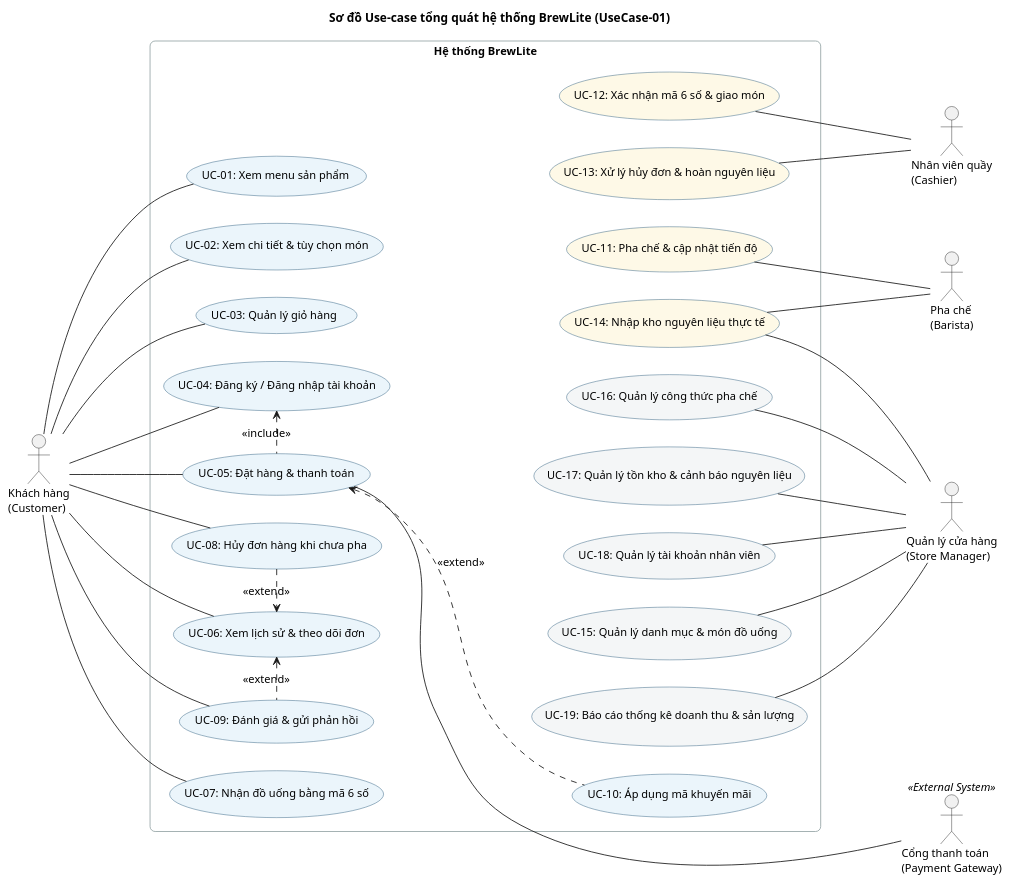
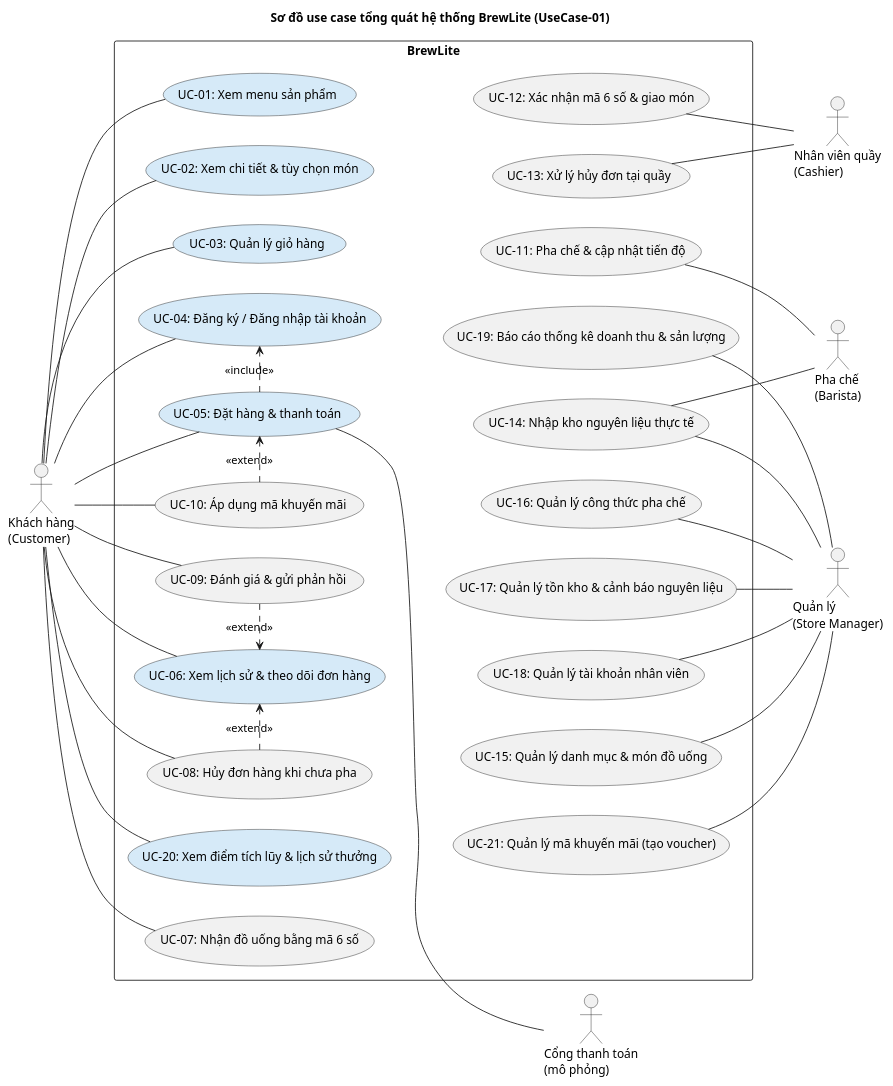
Before and after one commit to Longcodepro/Project_SE_Assignment02_HK1_2026_2027: the diagram in docs/diagrams/usecase-overview.puml, drawn with PlantUML. The commit also changed 1 other file, not shown here.

Commit message:
docs(task-1.2d): vẽ lại sơ đồ use case tổng quát theo danh mục chức năng thống nhất

```diff
--- a/docs/diagrams/usecase-overview.puml
+++ b/docs/diagrams/usecase-overview.puml
@@ -1,106 +1,105 @@
 @startuml
 ' ==============================================================================
-' Diagram: Sơ đồ Use-case tổng quát hệ thống BrewLite
-' Code: UseCase-01
-' References: FR-01..14, NFR-01..05, Issue #37 [D1.2d]
-' Tài liệu đối chiếu: docs/requirements/context-and-scope.md (Mục 2 & 3)
-' Đặt hàng và thanh toán gộp một use case (một bước checkout): UC-05.
-' Bố cục: khách hàng bên trái; cột 1 = use case của khách hàng, cột 2 = vận hành & quản trị,
-'         không chia khung con; nhân viên, quản lý và cổng thanh toán ở ngoài cùng bên phải.
-' Màu: xanh = khách hàng & đặt hàng, vàng = vận hành cửa hàng, xám = quản trị.
+' Sơ đồ: Use case tổng quát hệ thống BrewLite
+' Mã: UseCase-01
+' Liên quan: UC-01..UC-21; FR-01..FR-21; NFR-01..NFR-04
+' Nguồn: docs/requirements/cac-chuc-nang-thong-nhat.md (mục 3: danh sách use case)
+' Quy ước:
+'   - Tô xanh = MVP (Sprint 1-2): UC-01..06, UC-20. Trắng = Planned (Sprint 3-4): các use case còn lại.
+'   - UC-01..03 không cần đăng nhập; các use case còn lại cần đăng nhập, nhân viên và quản lý cần đúng vai trò.
+'   - 5 tác nhân, 21 use case, 4 quan hệ include/extend, 23 liên kết tác nhân.
 ' ==============================================================================
-title Sơ đồ Use-case tổng quát hệ thống BrewLite (UseCase-01)
+title Sơ đồ use case tổng quát hệ thống BrewLite (UseCase-01)
 
 left to right direction
-skinparam shadowing false
-skinparam roundcorner 12
-skinparam nodesep 32
-skinparam ranksep 110
-skinparam defaultFontSize 13
-skinparam usecase {
-  BorderColor #1B4F72
-  BackgroundColor #EBF5FB
-}
-skinparam rectangle {
-  BorderColor #95A5A6
-  BackgroundColor #FFFFFF
-  FontStyle bold
+
+actor "Khách hàng\n(Customer)" as Customer
+actor "Cổng thanh toán\n(mô phỏng)" as Gateway
+actor "Pha chế\n(Barista)" as Barista
+actor "Nhân viên quầy\n(Cashier)" as Cashier
+actor "Quản lý\n(Store Manager)" as Manager
+
+rectangle "BrewLite" {
+    usecase "UC-01: Xem menu sản phẩm" as UC01 #D6EAF8
+    usecase "UC-02: Xem chi tiết & tùy chọn món" as UC02 #D6EAF8
+    usecase "UC-03: Quản lý giỏ hàng" as UC03 #D6EAF8
+    usecase "UC-04: Đăng ký / Đăng nhập tài khoản" as UC04 #D6EAF8
+    usecase "UC-05: Đặt hàng & thanh toán" as UC05 #D6EAF8
+    usecase "UC-06: Xem lịch sử & theo dõi đơn hàng" as UC06 #D6EAF8
+    usecase "UC-20: Xem điểm tích lũy & lịch sử thưởng" as UC20 #D6EAF8
+
+    usecase "UC-07: Nhận đồ uống bằng mã 6 số" as UC07
+    usecase "UC-08: Hủy đơn hàng khi chưa pha" as UC08
+    usecase "UC-09: Đánh giá & gửi phản hồi" as UC09
+    usecase "UC-10: Áp dụng mã khuyến mãi" as UC10
+    usecase "UC-11: Pha chế & cập nhật tiến độ" as UC11
+    usecase "UC-12: Xác nhận mã 6 số & giao món" as UC12
+    usecase "UC-13: Xử lý hủy đơn tại quầy" as UC13
+    usecase "UC-14: Nhập kho nguyên liệu thực tế" as UC14
+    usecase "UC-15: Quản lý danh mục & món đồ uống" as UC15
+    usecase "UC-16: Quản lý công thức pha chế" as UC16
+    usecase "UC-17: Quản lý tồn kho & cảnh báo nguyên liệu" as UC17
+    usecase "UC-18: Quản lý tài khoản nhân viên" as UC18
+    usecase "UC-19: Báo cáo thống kê doanh thu & sản lượng" as UC19
+    usecase "UC-21: Quản lý mã khuyến mãi (tạo voucher)" as UC21
 }
 
-actor "Khách hàng\n(Customer)" as Customer
-actor "Cổng thanh toán\n(Payment Gateway)" as PaymentGateway <<External System>>
-actor "Nhân viên quầy\n(Cashier)" as Cashier
-actor "Pha chế\n(Barista)" as Barista
-actor "Quản lý cửa hàng\n(Store Manager)" as Manager
+' --- liên kết ẩn: chỉ để sắp cột (khách hàng - use case khách - use case nhân viên - nhân viên) ---
+UC01 -[hidden]- UC11
+UC01 -[hidden]- UC12
+UC01 -[hidden]- UC13
+UC01 -[hidden]- UC14
+UC01 -[hidden]- UC15
+UC01 -[hidden]- UC16
+UC01 -[hidden]- UC17
+UC01 -[hidden]- UC18
+UC01 -[hidden]- UC19
+UC01 -[hidden]- UC21
 
-rectangle "Hệ thống BrewLite" {
-  usecase "UC-01: Xem menu sản phẩm" as UC01
-  usecase "UC-02: Xem chi tiết & tùy chọn món" as UC02
-  usecase "UC-03: Quản lý giỏ hàng" as UC03
-  usecase "UC-04: Đăng ký / Đăng nhập tài khoản" as UC04
-  usecase "UC-05: Đặt hàng & thanh toán" as UC05
-  usecase "UC-08: Hủy đơn hàng khi chưa pha" as UC08
-  usecase "UC-06: Xem lịch sử & theo dõi đơn" as UC06
-  usecase "UC-09: Đánh giá & gửi phản hồi" as UC09
-  usecase "UC-07: Nhận đồ uống bằng mã 6 số" as UC07
-  usecase "UC-10: Áp dụng mã khuyến mãi" as UC10
-
-  usecase "UC-12: Xác nhận mã 6 số & giao món" as UC12 #FEF9E7
-  usecase "UC-13: Xử lý hủy đơn & hoàn nguyên liệu" as UC13 #FEF9E7
-  usecase "UC-11: Pha chế & cập nhật tiến độ" as UC11 #FEF9E7
-  usecase "UC-14: Nhập kho nguyên liệu thực tế" as UC14 #FEF9E7
-  usecase "UC-15: Quản lý danh mục & món đồ uống" as UC15 #F4F6F7
-  usecase "UC-16: Quản lý công thức pha chế" as UC16 #F4F6F7
-  usecase "UC-17: Quản lý tồn kho & cảnh báo nguyên liệu" as UC17 #F4F6F7
-  usecase "UC-18: Quản lý tài khoản nhân viên" as UC18 #F4F6F7
-  usecase "UC-19: Báo cáo thống kê doanh thu & sản lượng" as UC19 #F4F6F7
-}
-
-' --- thứ tự cột (liên kết ẩn, chỉ để sắp xếp) ---
+' --- thứ tự dọc cột khách hàng (để mũi tên include/extend ngắn, nằm trong khung) ---
 UC01 -[hidden]right- UC02
 UC02 -[hidden]right- UC03
 UC03 -[hidden]right- UC04
 UC04 -[hidden]right- UC05
-UC05 -[hidden]right- UC08
-UC08 -[hidden]right- UC06
-UC06 -[hidden]right- UC09
-UC09 -[hidden]right- UC07
-UC10 -[hidden]left- UC12
-UC12 -[hidden]left- UC13
-UC13 -[hidden]left- UC11
-UC11 -[hidden]left- UC14
-UC14 -[hidden]left- UC15
-UC15 -[hidden]left- UC16
-UC16 -[hidden]left- UC17
-UC17 -[hidden]left- UC18
-UC18 -[hidden]left- UC19
-UC10 -[hidden]- PaymentGateway
+UC05 -[hidden]right- UC10
+UC10 -[hidden]right- UC09
+UC09 -[hidden]right- UC06
+UC06 -[hidden]right- UC08
+UC08 -[hidden]right- UC20
+UC20 -[hidden]right- UC07
 
-' --- tác nhân - use case (association) ---
+' --- tác nhân - use case ---
 Customer -- UC01
 Customer -- UC02
 Customer -- UC03
 Customer -- UC04
 Customer -- UC05
 Customer -- UC06
+Customer -- UC20
 Customer -- UC07
 Customer -- UC08
 Customer -- UC09
-UC05 -- PaymentGateway
+Customer -- UC10
+
+UC05 -- Gateway
+
+UC11 -- Barista
+UC14 -- Barista
+
 UC12 -- Cashier
 UC13 -- Cashier
-UC11 -- Barista
-UC14 -- Barista
+
 UC14 -- Manager
 UC15 -- Manager
 UC16 -- Manager
 UC17 -- Manager
 UC18 -- Manager
 UC19 -- Manager
+UC21 -- Manager
 
-' --- include / extend ---
-UC05 .left.> UC04 : <<include>>
-UC05 <.. UC10 : <<extend>>
-UC08 .right.> UC06 : <<extend>>
-UC09 .left.> UC06 : <<extend>>
+' --- quan hệ giữa các use case ---
+UC05 .> UC04 : <<include>>
+UC10 .> UC05 : <<extend>>
+UC08 .> UC06 : <<extend>>
+UC09 .> UC06 : <<extend>>
 @enduml
```
